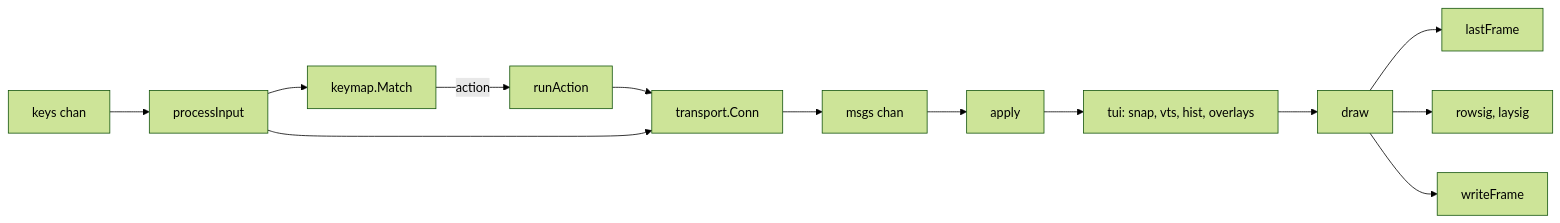
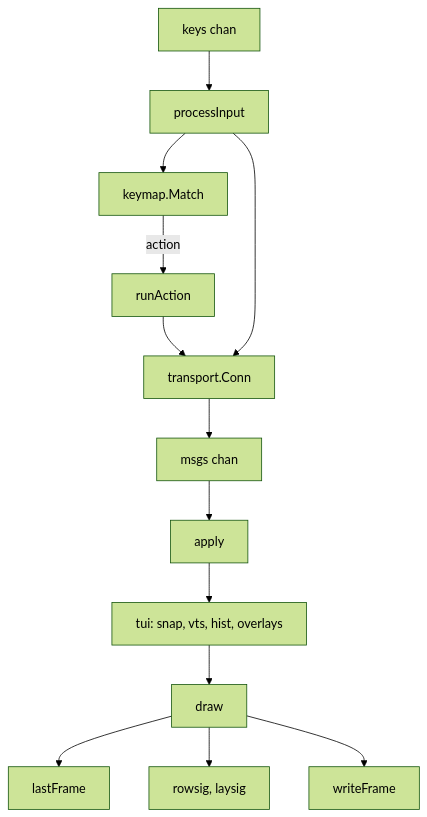
The second of 2 diagrams in docs/internals/06-client.md (ladydascalie/dm), drawn with Mermaid (forest theme) before and after one commit. The commit also changed 9 other files, not shown here.

First line of the commit message:
docs: make the internals diagrams legible at a page width

````diff
--- a/docs/internals/06-client.md
+++ b/docs/internals/06-client.md
@@ -47,14 +47,14 @@
 ```mermaid
-flowchart LR
+flowchart TD
     keys["keys chan"] --> pi["processInput"]
     pi --> km["keymap.Match"]
     km -->|"action"| ra["runAction"]
     ra --> conn["transport.Conn"]
     pi --> conn
     conn --> msgs["msgs chan"] --> ap["apply"]
     ap --> t["tui: snap, vts, hist, overlays"]
     t --> draw["draw"]
     draw --> band["lastFrame"]
     draw --> sig["rowsig, laysig"]
     draw --> out["writeFrame"]
 ```
````
